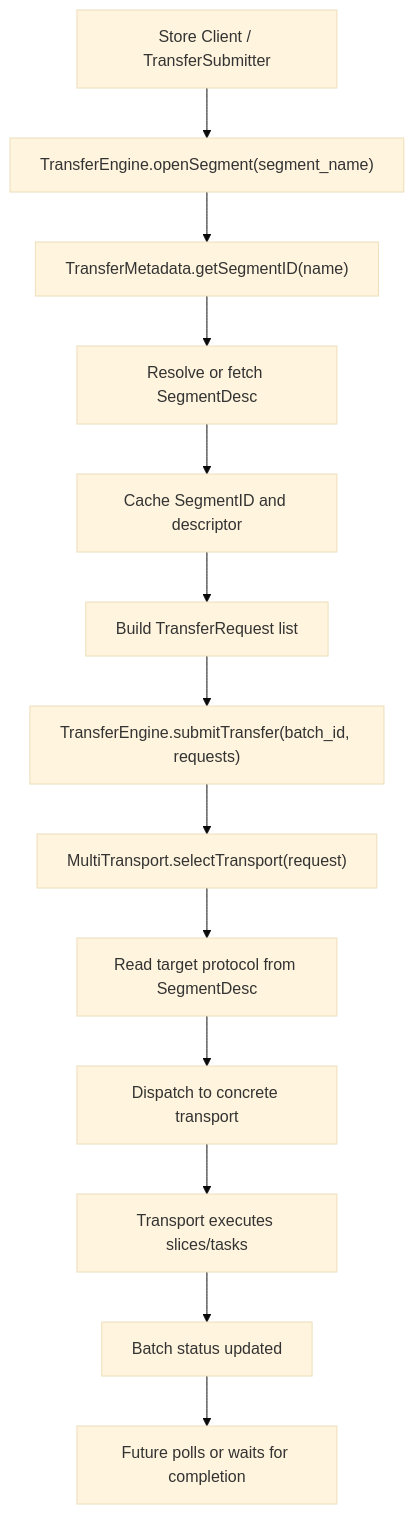
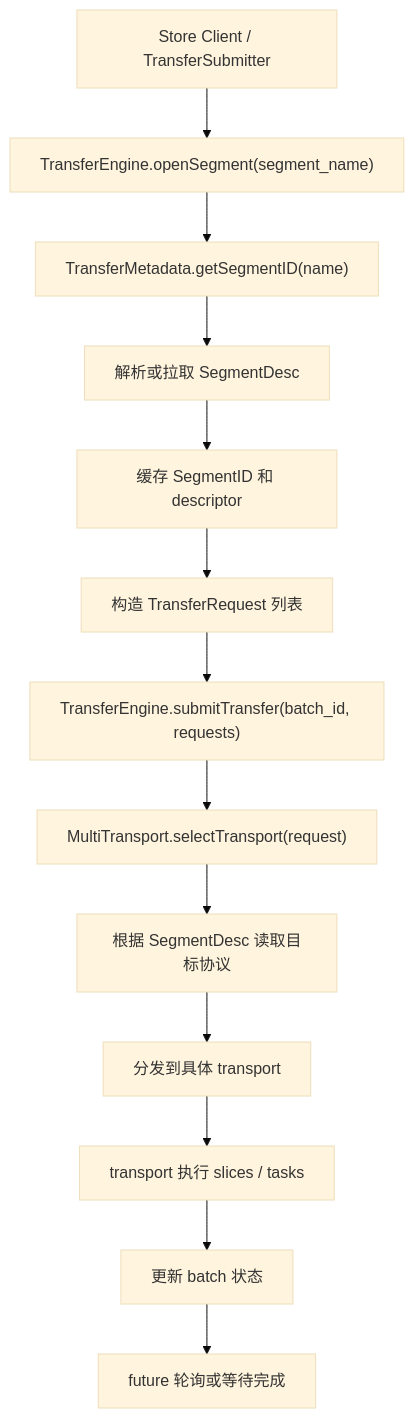
Before and after one commit to bigboywwn/AI_coding: the second of 3 diagrams in docs/mooncake-analysis.md, drawn with Mermaid (base theme). The commit also changed other lines of this file and 3 other files, not shown here.

````diff
--- a/docs/mooncake-analysis.md
+++ b/docs/mooncake-analysis.md
@@ -109,15 +109,15 @@
 ```mermaid
 flowchart TD
   A["Store Client / TransferSubmitter"] --> B["TransferEngine.openSegment(segment_name)"]
   B --> C["TransferMetadata.getSegmentID(name)"]
-  C --> D["Resolve or fetch SegmentDesc"]
-  D --> E["Cache SegmentID and descriptor"]
-  E --> F["Build TransferRequest list"]
+  C --> D["解析或拉取 SegmentDesc"]
+  D --> E["缓存 SegmentID 和 descriptor"]
+  E --> F["构造 TransferRequest 列表"]
   F --> G["TransferEngine.submitTransfer(batch_id, requests)"]
   G --> H["MultiTransport.selectTransport(request)"]
-  H --> I["Read target protocol from SegmentDesc"]
-  I --> J["Dispatch to concrete transport"]
-  J --> K["Transport executes slices/tasks"]
-  K --> L["Batch status updated"]
-  L --> M["Future polls or waits for completion"]
+  H --> I["根据 SegmentDesc 读取目标协议"]
+  I --> J["分发到具体 transport"]
+  J --> K["transport 执行 slices / tasks"]
+  K --> L["更新 batch 状态"]
+  L --> M["future 轮询或等待完成"]
 ```
````
